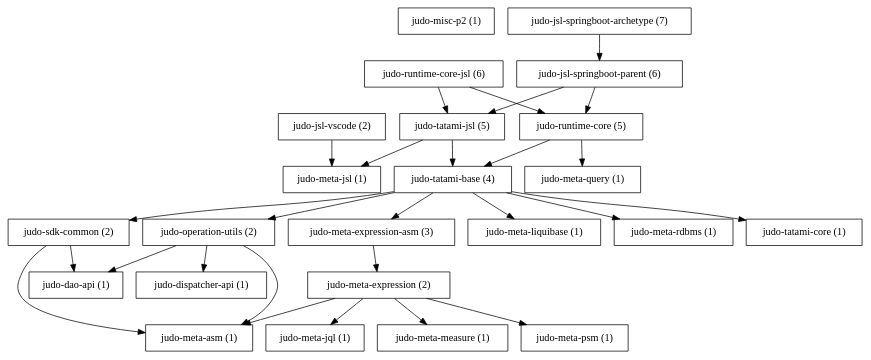
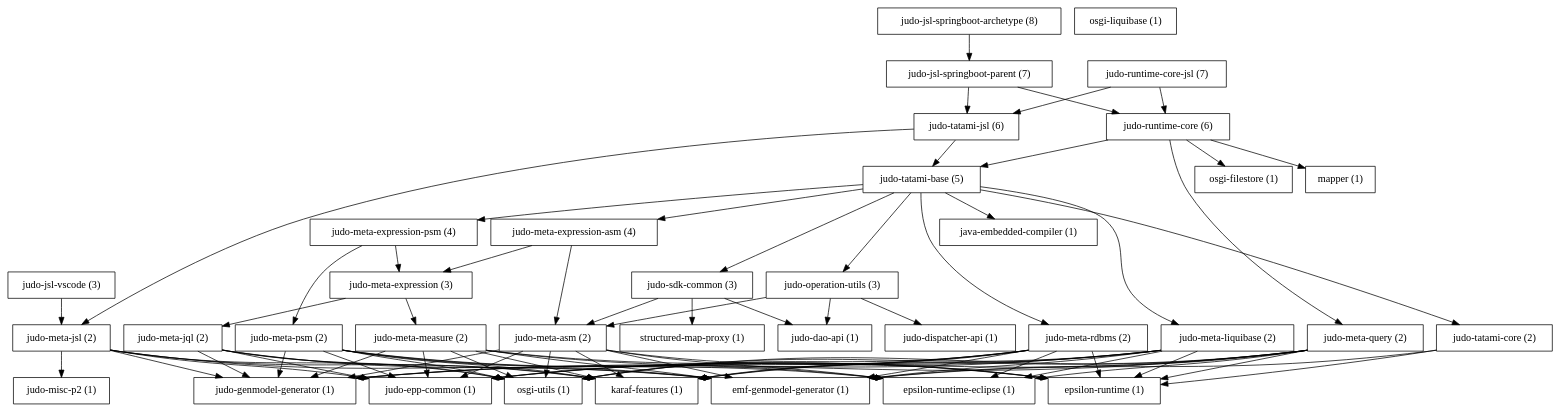
The diagram in dependency.dot (BlackBeltTechnology/judo-community), drawn with Graphviz before and after one commit. The commit also changed 6 other files, not shown here.

```diff
--- a/dependency.dot
+++ b/dependency.dot
@@ -1,51 +1,125 @@
 strict digraph  {
+"epsilon-runtime (1)" [label="epsilon-runtime (1)", shape=box];
+"epsilon-runtime-eclipse (1)" [label="epsilon-runtime-eclipse (1)", shape=box];
+"emf-genmodel-generator (1)" [label="emf-genmodel-generator (1)", shape=box];
+"judo-genmodel-generator (1)" [label="judo-genmodel-generator (1)", shape=box];
+"judo-epp-common (1)" [label="judo-epp-common (1)", shape=box];
+"osgi-utils (1)" [label="osgi-utils (1)", shape=box];
+"java-embedded-compiler (1)" [label="java-embedded-compiler (1)", shape=box];
+"structured-map-proxy (1)" [label="structured-map-proxy (1)", shape=box];
+"karaf-features (1)" [label="karaf-features (1)", shape=box];
+"mapper (1)" [label="mapper (1)", shape=box];
+"osgi-liquibase (1)" [label="osgi-liquibase (1)", shape=box];
+"osgi-filestore (1)" [label="osgi-filestore (1)", shape=box];
 "judo-misc-p2 (1)" [label="judo-misc-p2 (1)", shape=box];
 "judo-dao-api (1)" [label="judo-dao-api (1)", shape=box];
 "judo-dispatcher-api (1)" [label="judo-dispatcher-api (1)", shape=box];
-"judo-jsl-vscode (2)" [label="judo-jsl-vscode (2)", shape=box];
-"judo-meta-asm (1)" [label="judo-meta-asm (1)", shape=box];
-"judo-meta-expression (2)" [label="judo-meta-expression (2)", shape=box];
-"judo-meta-expression-asm (3)" [label="judo-meta-expression-asm (3)", shape=box];
-"judo-meta-jql (1)" [label="judo-meta-jql (1)", shape=box];
-"judo-meta-jsl (1)" [label="judo-meta-jsl (1)", shape=box];
-"judo-meta-liquibase (1)" [label="judo-meta-liquibase (1)", shape=box];
-"judo-meta-measure (1)" [label="judo-meta-measure (1)", shape=box];
-"judo-meta-psm (1)" [label="judo-meta-psm (1)", shape=box];
-"judo-meta-query (1)" [label="judo-meta-query (1)", shape=box];
-"judo-meta-rdbms (1)" [label="judo-meta-rdbms (1)", shape=box];
-"judo-operation-utils (2)" [label="judo-operation-utils (2)", shape=box];
-"judo-runtime-core (5)" [label="judo-runtime-core (5)", shape=box];
-"judo-runtime-core-jsl (6)" [label="judo-runtime-core-jsl (6)", shape=box];
-"judo-sdk-common (2)" [label="judo-sdk-common (2)", shape=box];
-"judo-tatami-base (4)" [label="judo-tatami-base (4)", shape=box];
-"judo-tatami-core (1)" [label="judo-tatami-core (1)", shape=box];
-"judo-tatami-jsl (5)" [label="judo-tatami-jsl (5)", shape=box];
-"judo-jsl-springboot-parent (6)" [label="judo-jsl-springboot-parent (6)", shape=box];
-"judo-jsl-springboot-archetype (7)" [label="judo-jsl-springboot-archetype (7)", shape=box];
-"judo-jsl-vscode (2)" -> "judo-meta-jsl (1)";
-"judo-meta-expression (2)" -> "judo-meta-measure (1)";
-"judo-meta-expression (2)" -> "judo-meta-psm (1)";
-"judo-meta-expression (2)" -> "judo-meta-asm (1)";
-"judo-meta-expression (2)" -> "judo-meta-jql (1)";
-"judo-meta-expression-asm (3)" -> "judo-meta-expression (2)";
-"judo-operation-utils (2)" -> "judo-dao-api (1)";
-"judo-operation-utils (2)" -> "judo-meta-asm (1)";
-"judo-operation-utils (2)" -> "judo-dispatcher-api (1)";
-"judo-runtime-core (5)" -> "judo-tatami-base (4)";
-"judo-runtime-core (5)" -> "judo-meta-query (1)";
-"judo-runtime-core-jsl (6)" -> "judo-tatami-jsl (5)";
-"judo-runtime-core-jsl (6)" -> "judo-runtime-core (5)";
-"judo-sdk-common (2)" -> "judo-dao-api (1)";
-"judo-sdk-common (2)" -> "judo-meta-asm (1)";
-"judo-tatami-base (4)" -> "judo-operation-utils (2)";
-"judo-tatami-base (4)" -> "judo-sdk-common (2)";
-"judo-tatami-base (4)" -> "judo-meta-expression-asm (3)";
-"judo-tatami-base (4)" -> "judo-tatami-core (1)";
-"judo-tatami-base (4)" -> "judo-meta-liquibase (1)";
-"judo-tatami-base (4)" -> "judo-meta-rdbms (1)";
-"judo-tatami-jsl (5)" -> "judo-tatami-base (4)";
-"judo-tatami-jsl (5)" -> "judo-meta-jsl (1)";
-"judo-jsl-springboot-parent (6)" -> "judo-tatami-jsl (5)";
-"judo-jsl-springboot-parent (6)" -> "judo-runtime-core (5)";
-"judo-jsl-springboot-archetype (7)" -> "judo-jsl-springboot-parent (6)";
+"judo-jsl-vscode (3)" [label="judo-jsl-vscode (3)", shape=box];
+"judo-meta-asm (2)" [label="judo-meta-asm (2)", shape=box];
+"judo-meta-expression (3)" [label="judo-meta-expression (3)", shape=box];
+"judo-meta-expression-asm (4)" [label="judo-meta-expression-asm (4)", shape=box];
+"judo-meta-expression-psm (4)" [label="judo-meta-expression-psm (4)", shape=box];
+"judo-meta-jql (2)" [label="judo-meta-jql (2)", shape=box];
+"judo-meta-jsl (2)" [label="judo-meta-jsl (2)", shape=box];
+"judo-meta-liquibase (2)" [label="judo-meta-liquibase (2)", shape=box];
+"judo-meta-measure (2)" [label="judo-meta-measure (2)", shape=box];
+"judo-meta-psm (2)" [label="judo-meta-psm (2)", shape=box];
+"judo-meta-query (2)" [label="judo-meta-query (2)", shape=box];
+"judo-meta-rdbms (2)" [label="judo-meta-rdbms (2)", shape=box];
+"judo-operation-utils (3)" [label="judo-operation-utils (3)", shape=box];
+"judo-runtime-core (6)" [label="judo-runtime-core (6)", shape=box];
+"judo-runtime-core-jsl (7)" [label="judo-runtime-core-jsl (7)", shape=box];
+"judo-sdk-common (3)" [label="judo-sdk-common (3)", shape=box];
+"judo-tatami-base (5)" [label="judo-tatami-base (5)", shape=box];
+"judo-tatami-core (2)" [label="judo-tatami-core (2)", shape=box];
+"judo-tatami-jsl (6)" [label="judo-tatami-jsl (6)", shape=box];
+"judo-jsl-springboot-parent (7)" [label="judo-jsl-springboot-parent (7)", shape=box];
+"judo-jsl-springboot-archetype (8)" [label="judo-jsl-springboot-archetype (8)", shape=box];
+"judo-jsl-vscode (3)" -> "judo-meta-jsl (2)";
+"judo-meta-asm (2)" -> "judo-epp-common (1)";
+"judo-meta-asm (2)" -> "emf-genmodel-generator (1)";
+"judo-meta-asm (2)" -> "judo-genmodel-generator (1)";
+"judo-meta-asm (2)" -> "osgi-utils (1)";
+"judo-meta-asm (2)" -> "epsilon-runtime (1)";
+"judo-meta-asm (2)" -> "epsilon-runtime-eclipse (1)";
+"judo-meta-asm (2)" -> "karaf-features (1)";
+"judo-meta-expression (3)" -> "judo-meta-jql (2)";
+"judo-meta-expression (3)" -> "judo-meta-measure (2)";
+"judo-meta-expression-asm (4)" -> "judo-meta-asm (2)";
+"judo-meta-expression-asm (4)" -> "judo-meta-expression (3)";
+"judo-meta-expression-psm (4)" -> "judo-meta-psm (2)";
+"judo-meta-expression-psm (4)" -> "judo-meta-expression (3)";
+"judo-meta-jql (2)" -> "judo-epp-common (1)";
+"judo-meta-jql (2)" -> "emf-genmodel-generator (1)";
+"judo-meta-jql (2)" -> "judo-genmodel-generator (1)";
+"judo-meta-jql (2)" -> "osgi-utils (1)";
+"judo-meta-jql (2)" -> "karaf-features (1)";
+"judo-meta-jsl (2)" -> "judo-epp-common (1)";
+"judo-meta-jsl (2)" -> "judo-misc-p2 (1)";
+"judo-meta-jsl (2)" -> "emf-genmodel-generator (1)";
+"judo-meta-jsl (2)" -> "judo-genmodel-generator (1)";
+"judo-meta-jsl (2)" -> "osgi-utils (1)";
+"judo-meta-jsl (2)" -> "karaf-features (1)";
+"judo-meta-liquibase (2)" -> "judo-epp-common (1)";
+"judo-meta-liquibase (2)" -> "emf-genmodel-generator (1)";
+"judo-meta-liquibase (2)" -> "judo-genmodel-generator (1)";
+"judo-meta-liquibase (2)" -> "osgi-utils (1)";
+"judo-meta-liquibase (2)" -> "epsilon-runtime (1)";
+"judo-meta-liquibase (2)" -> "epsilon-runtime-eclipse (1)";
+"judo-meta-liquibase (2)" -> "karaf-features (1)";
+"judo-meta-measure (2)" -> "judo-epp-common (1)";
+"judo-meta-measure (2)" -> "emf-genmodel-generator (1)";
+"judo-meta-measure (2)" -> "judo-genmodel-generator (1)";
+"judo-meta-measure (2)" -> "osgi-utils (1)";
+"judo-meta-measure (2)" -> "epsilon-runtime (1)";
+"judo-meta-measure (2)" -> "epsilon-runtime-eclipse (1)";
+"judo-meta-measure (2)" -> "karaf-features (1)";
+"judo-meta-psm (2)" -> "judo-epp-common (1)";
+"judo-meta-psm (2)" -> "emf-genmodel-generator (1)";
+"judo-meta-psm (2)" -> "judo-genmodel-generator (1)";
+"judo-meta-psm (2)" -> "osgi-utils (1)";
+"judo-meta-psm (2)" -> "epsilon-runtime (1)";
+"judo-meta-psm (2)" -> "epsilon-runtime-eclipse (1)";
+"judo-meta-psm (2)" -> "karaf-features (1)";
+"judo-meta-query (2)" -> "judo-epp-common (1)";
+"judo-meta-query (2)" -> "emf-genmodel-generator (1)";
+"judo-meta-query (2)" -> "judo-genmodel-generator (1)";
+"judo-meta-query (2)" -> "osgi-utils (1)";
+"judo-meta-query (2)" -> "epsilon-runtime (1)";
+"judo-meta-query (2)" -> "epsilon-runtime-eclipse (1)";
+"judo-meta-query (2)" -> "karaf-features (1)";
+"judo-meta-rdbms (2)" -> "judo-epp-common (1)";
+"judo-meta-rdbms (2)" -> "emf-genmodel-generator (1)";
+"judo-meta-rdbms (2)" -> "judo-genmodel-generator (1)";
+"judo-meta-rdbms (2)" -> "osgi-utils (1)";
+"judo-meta-rdbms (2)" -> "epsilon-runtime (1)";
+"judo-meta-rdbms (2)" -> "epsilon-runtime-eclipse (1)";
+"judo-meta-rdbms (2)" -> "karaf-features (1)";
+"judo-operation-utils (3)" -> "judo-dispatcher-api (1)";
+"judo-operation-utils (3)" -> "judo-meta-asm (2)";
+"judo-operation-utils (3)" -> "judo-dao-api (1)";
+"judo-runtime-core (6)" -> "mapper (1)";
+"judo-runtime-core (6)" -> "judo-tatami-base (5)";
+"judo-runtime-core (6)" -> "judo-meta-query (2)";
+"judo-runtime-core (6)" -> "osgi-filestore (1)";
+"judo-runtime-core-jsl (7)" -> "judo-runtime-core (6)";
+"judo-runtime-core-jsl (7)" -> "judo-tatami-jsl (6)";
+"judo-sdk-common (3)" -> "judo-meta-asm (2)";
+"judo-sdk-common (3)" -> "structured-map-proxy (1)";
+"judo-sdk-common (3)" -> "judo-dao-api (1)";
+"judo-tatami-base (5)" -> "judo-sdk-common (3)";
+"judo-tatami-base (5)" -> "judo-meta-liquibase (2)";
+"judo-tatami-base (5)" -> "judo-tatami-core (2)";
+"judo-tatami-base (5)" -> "judo-meta-expression-psm (4)";
+"judo-tatami-base (5)" -> "judo-operation-utils (3)";
+"judo-tatami-base (5)" -> "judo-meta-expression-asm (4)";
+"judo-tatami-base (5)" -> "java-embedded-compiler (1)";
+"judo-tatami-base (5)" -> "judo-meta-rdbms (2)";
+"judo-tatami-core (2)" -> "emf-genmodel-generator (1)";
+"judo-tatami-core (2)" -> "epsilon-runtime (1)";
+"judo-tatami-jsl (6)" -> "judo-meta-jsl (2)";
+"judo-tatami-jsl (6)" -> "judo-tatami-base (5)";
+"judo-jsl-springboot-parent (7)" -> "judo-runtime-core (6)";
+"judo-jsl-springboot-parent (7)" -> "judo-tatami-jsl (6)";
+"judo-jsl-springboot-archetype (8)" -> "judo-jsl-springboot-parent (7)";
 }
```
